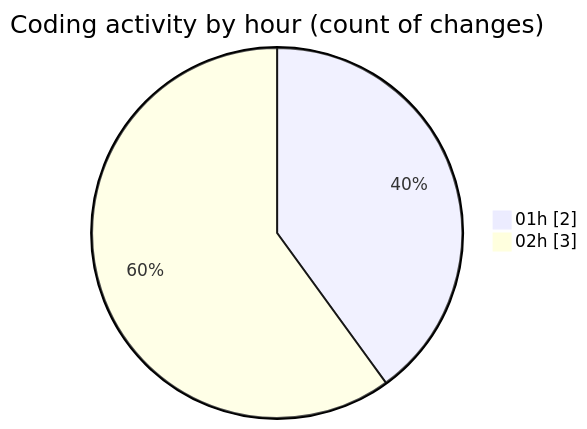
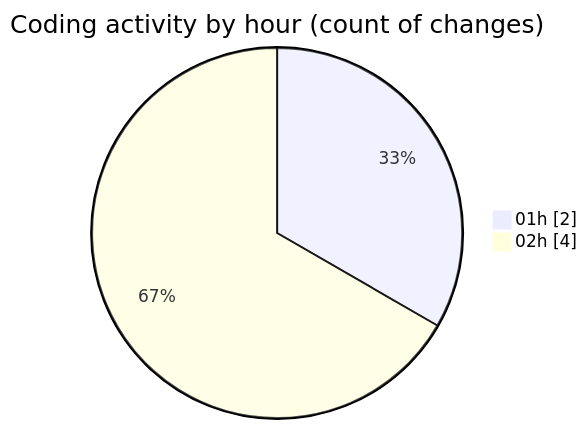
One commit to shibass792/code-tracking changed the second of 2 diagrams in 2026-07-13/untitled__workspace_/README.md. Above: the diagram before and after it, drawn with Mermaid. The commit also changed other lines of this file and 1 other file, not shown here.

````diff
--- a/2026-07-13/untitled__workspace_/README.md
+++ b/2026-07-13/untitled__workspace_/README.md
@@ -31,6 +33,6 @@
 ```mermaid
 pie showData
 title Coding activity by hour (count of changes)
 "01h" : 2
-"02h" : 3
+"02h" : 4
 ```
````
